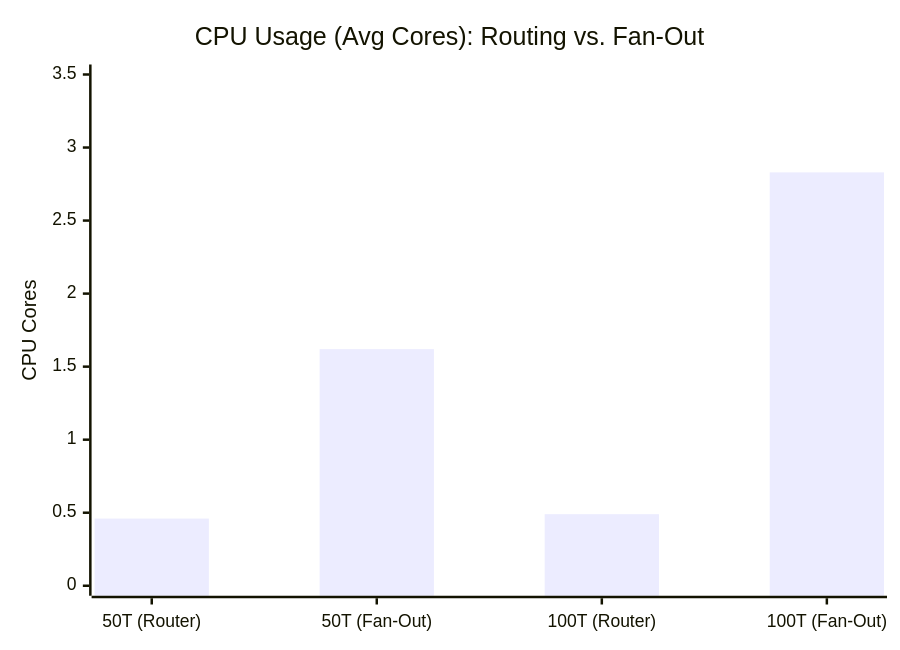
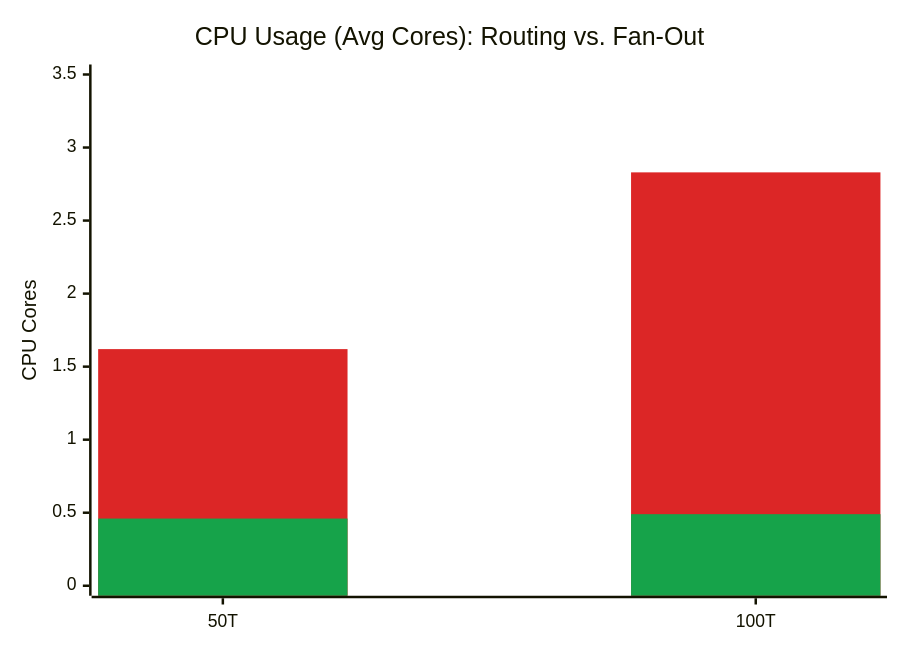
One commit to tom-ludwig/kyma-telemetry-gardener-test-cluster changed the first of 5 diagrams in result.md. Above: the diagram before and after it, drawn with Mermaid. The commit also changed other lines of this file, not shown here.

Commit message:
docs(load-test): color graphs in results

````diff
--- a/result.md
+++ b/result.md
@@ -79,7 +79,14 @@
 ```mermaid
+---
+config:
+  themeVariables:
+    xyChart:
+      plotColorPalette: "#dc2626, #16a34a"
+---
 xychart-beta
     title "CPU Usage (Avg Cores): Routing vs. Fan-Out"
-    x-axis ["50T (Router)", "50T (Fan-Out)", "100T (Router)", "100T (Fan-Out)"]
+    x-axis ["50T", "100T"]
     y-axis "CPU Cores" 0 --> 3.5
-    bar [0.46, 1.62, 0.49, 2.83]
+    bar "Fan-Out" [1.62, 2.83]
+    bar "Routing" [0.46, 0.49]
 ```
````
